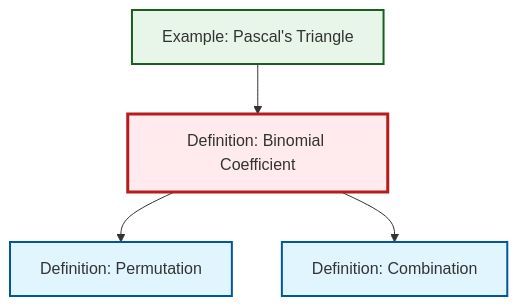
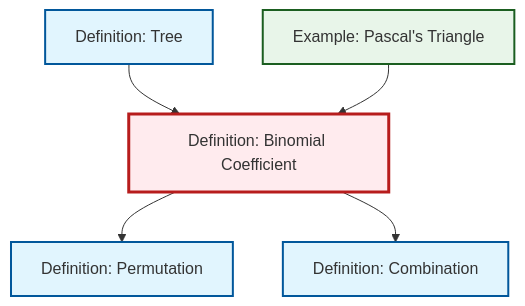
Before and after one commit to RK0429/ModernMath: the diagram in content/ja/combinatorics/def-binomial-coefficient.qmd, drawn with Mermaid. The commit also changed 434 other files, not shown here.

````diff
--- a/content/ja/combinatorics/def-binomial-coefficient.qmd
+++ b/content/ja/combinatorics/def-binomial-coefficient.qmd
@@ -64,20 +64,23 @@
 ```{mermaid}
 %%| fig-cap: "Local dependency graph"
 graph TD
     classDef definition fill:#e1f5fe,stroke:#01579b,stroke-width:2px
     classDef theorem fill:#f3e5f5,stroke:#4a148c,stroke-width:2px
     classDef axiom fill:#fff3e0,stroke:#e65100,stroke-width:2px
     classDef example fill:#e8f5e9,stroke:#1b5e20,stroke-width:2px
     classDef current fill:#ffebee,stroke:#b71c1c,stroke-width:3px
-    def-binomial-coefficient["Definition: Binomial Coefficient"]:::definition
-    def-permutation["Definition: Permutation"]:::definition
     def-combination["Definition: Combination"]:::definition
     ex-pascals-triangle["Example: Pascal's Triangle"]:::example
+    def-permutation["Definition: Permutation"]:::definition
+    def-binomial-coefficient["Definition: Binomial Coefficient"]:::definition
+    def-tree["Definition: Tree"]:::definition
     def-binomial-coefficient --> def-permutation
+    def-tree --> def-binomial-coefficient
+    ex-pascals-triangle --> def-binomial-coefficient
     def-binomial-coefficient --> def-combination
-    ex-pascals-triangle --> def-binomial-coefficient
     class def-binomial-coefficient current
-    click def-permutation "def-permutation.html" "Definition: Permutationへ"
     click def-combination "def-combination.html" "Definition: Combinationへ"
     click ex-pascals-triangle "ex-pascals-triangle.html" "Example: Pascal's Triangleへ"
+    click def-permutation "def-permutation.html" "Definition: Permutationへ"
+    click def-tree "def-tree.html" "Definition: Treeへ"
 ```
````
